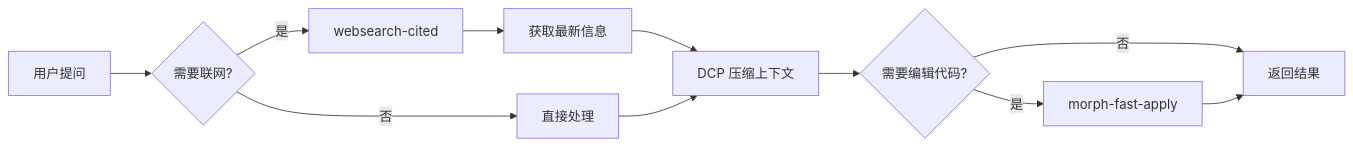
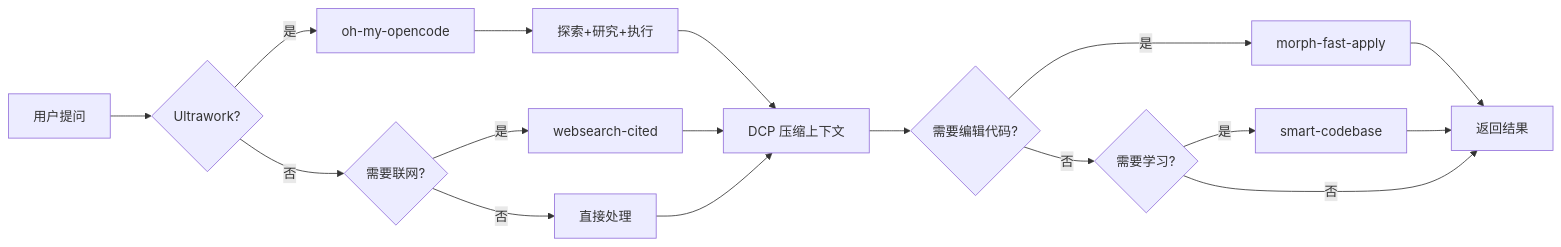
Before and after one commit to Halcyon666/summary: the fifth of 5 diagrams in docs/ai-bigdata/AI/opencode-plugins.mdx, drawn with Mermaid. The commit also changed other lines of this file and 1 other file, not shown here.

First line of the commit message:
docs: update opencode-plugins - add smart-codebase and openai-codex-auth

````diff
--- a/docs/ai-bigdata/AI/opencode-plugins.mdx
+++ b/docs/ai-bigdata/AI/opencode-plugins.mdx
@@ -319,13 +439,19 @@
 ```mermaid
 graph LR
-    A[用户提问] --> B{需要联网?}
-    B -->|是| C[websearch-cited]
-    B -->|否| D[直接处理]
-    C --> E[获取最新信息]
-    E --> F[DCP 压缩上下文]
-    D --> F
-    F --> G{需要编辑代码?}
-    G -->|是| H[morph-fast-apply]
-    G -->|否| I[返回结果]
-    H --> I
+    A[用户提问] --> B{Ultrawork?}
+    B -->|是| C[oh-my-opencode]
+    B -->|否| D{需要联网?}
+    C --> E[探索+研究+执行]
+    D -->|是| F[websearch-cited]
+    D -->|否| G[直接处理]
+    F --> H[DCP 压缩上下文]
+    E --> H
+    G --> H
+    H --> I{需要编辑代码?}
+    I -->|是| J[morph-fast-apply]
+    I -->|否| K{需要学习?}
+    J --> L[返回结果]
+    K -->|是| M[smart-codebase]
+    K -->|否| L
+    M --> L
 ```
````
